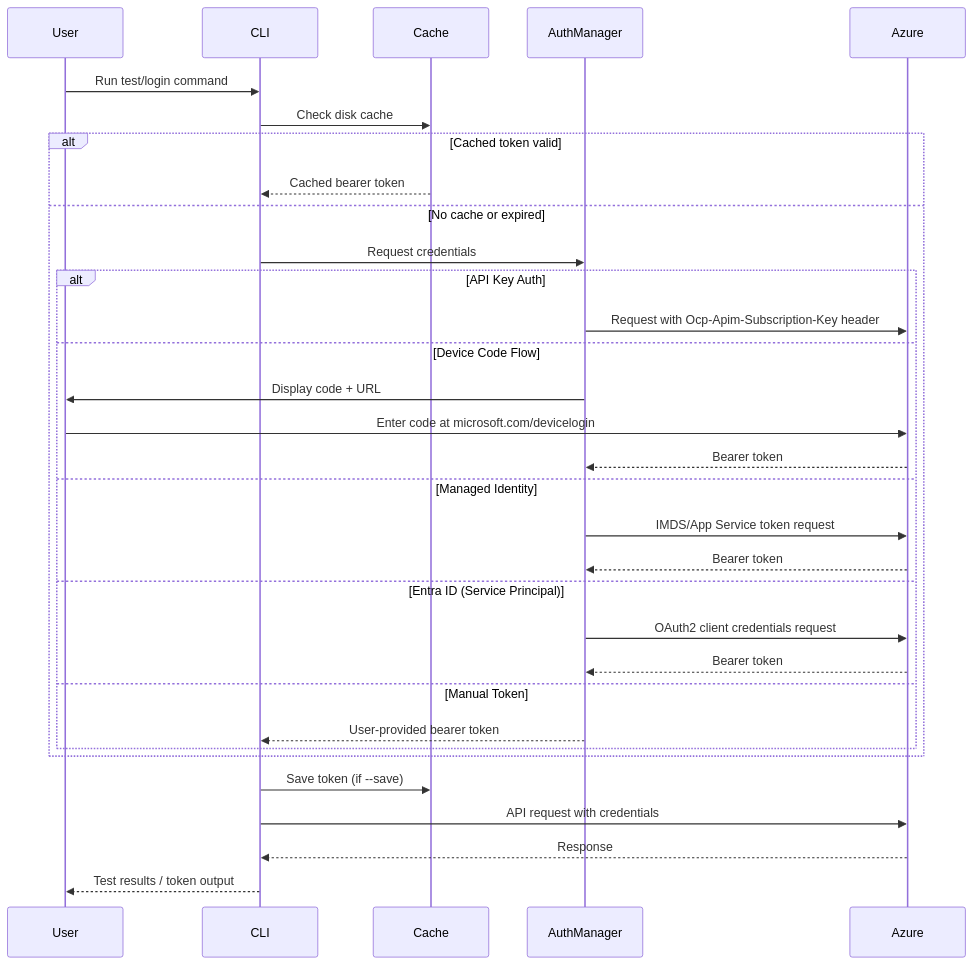
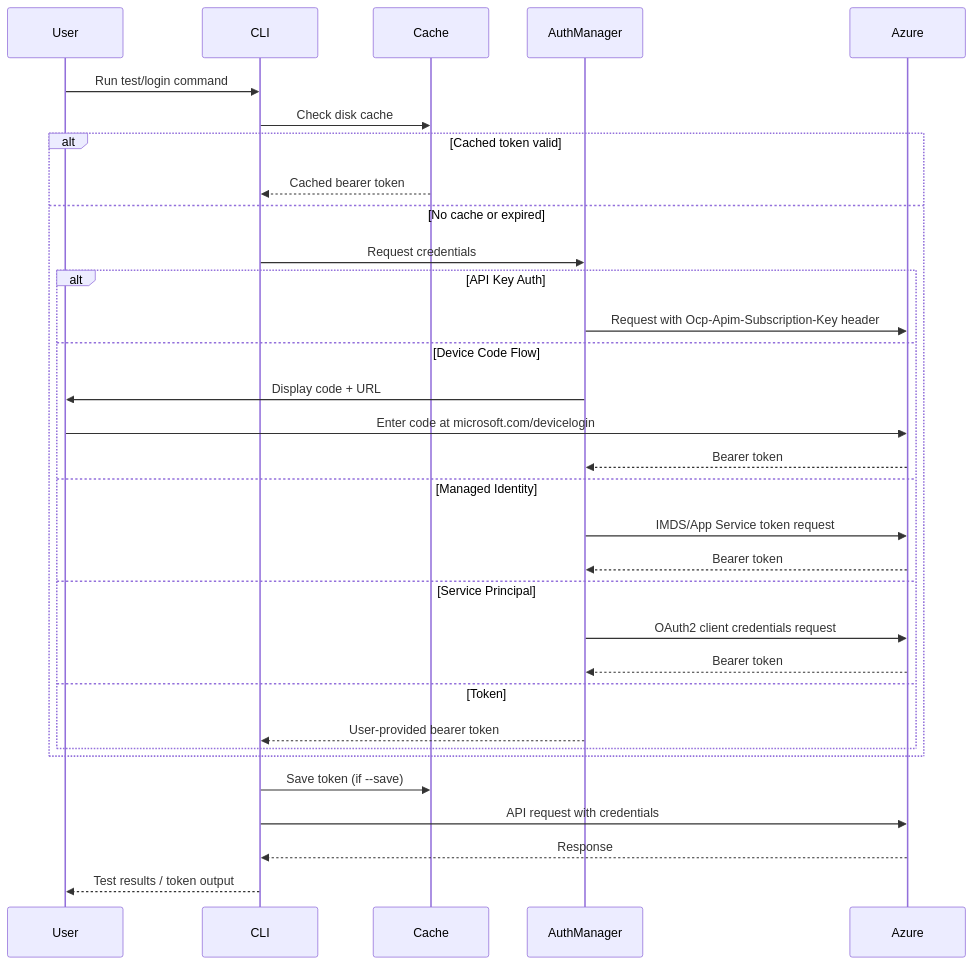
The third of 6 diagrams in README.md (enu235/azure-aitoolsconnect), drawn with Mermaid before and after one commit. The commit also changed other lines of this file and 8 other files, not shown here.

````diff
--- a/README.md
+++ b/README.md
@@ -93,37 +93,37 @@
 ```mermaid
 sequenceDiagram
     participant User
     participant CLI
     participant Cache
     participant AuthManager
     participant Azure
 
     User->>CLI: Run test/login command
     CLI->>Cache: Check disk cache
 
     alt Cached token valid
         Cache-->>CLI: Cached bearer token
     else No cache or expired
         CLI->>AuthManager: Request credentials
         alt API Key Auth
             AuthManager->>Azure: Request with Ocp-Apim-Subscription-Key header
         else Device Code Flow
             AuthManager->>User: Display code + URL
             User->>Azure: Enter code at microsoft.com/devicelogin
             Azure-->>AuthManager: Bearer token
         else Managed Identity
             AuthManager->>Azure: IMDS/App Service token request
             Azure-->>AuthManager: Bearer token
-        else Entra ID (Service Principal)
+        else Service Principal
             AuthManager->>Azure: OAuth2 client credentials request
             Azure-->>AuthManager: Bearer token
-        else Manual Token
+        else Token
             AuthManager-->>CLI: User-provided bearer token
         end
     end
 
     CLI->>Cache: Save token (if --save)
     CLI->>Azure: API request with credentials
     Azure-->>CLI: Response
     CLI-->>User: Test results / token output
 ```
````
